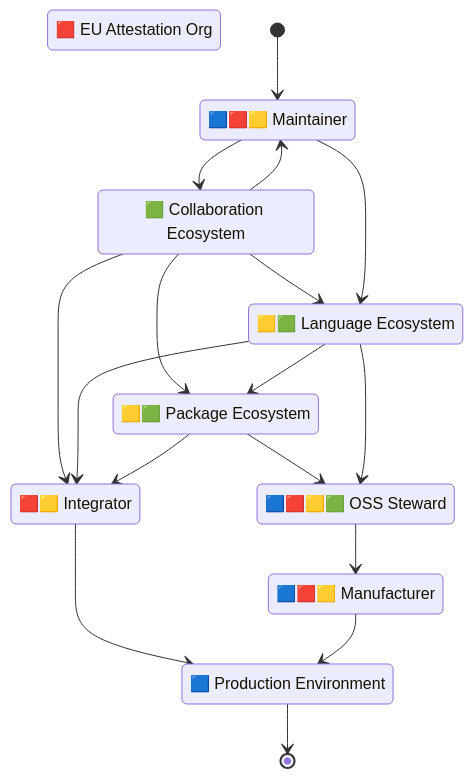
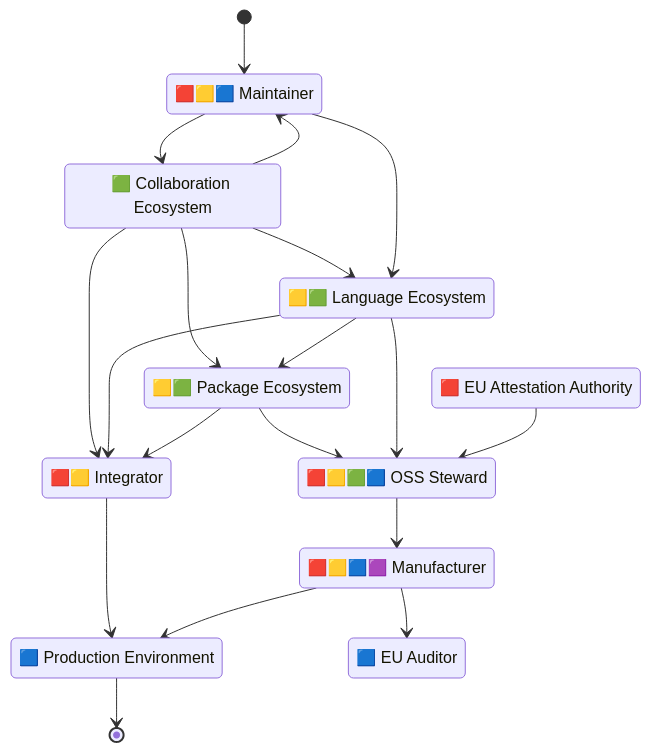
One commit to CPAN-Security/security.metacpan.org changed the first of 2 diagrams in docs/eu-cra-summary.md. Above: the diagram before and after it, drawn with Mermaid. The commit also changed other lines of this file, not shown here.

Commit message:
Expand on Manufacturer obligations (WIP); Update graph with Auditor & minor rework

````diff
--- a/docs/eu-cra-summary.md
+++ b/docs/eu-cra-summary.md
@@ -41,33 +64,36 @@
 ```mermaid
 stateDiagram-v2
     direction TB
 
-    state "🟦🟥🟨 Maintainer" as environment_maintainer
+    state "🟥🟨🟦 Maintainer" as environment_maintainer
     state "🟩 Collaboration Ecosystem" as ecosystem_repo
     state "🟨🟩 Language Ecosystem" as ecosystem_lang
     state "🟨🟩 Package Ecosystem" as ecosystem_package
-    state "🟥 EU Attestation Org" as ecosystem_attester
-    state "🟦🟥🟨🟩 OSS Steward" as ecosystem_steward
+    state "🟥 EU Attestation Authority" as authority_attestation
+    state "🟥🟨🟩🟦 OSS Steward" as ecosystem_steward
     state "🟥🟨 Integrator" as environment_integrator
-    state "🟦🟥🟨 Manufacturer" as environment_manufacturer
+    state "🟥🟨🟦🟪 Manufacturer" as environment_manufacturer
     state "🟦 Production Environment" as environment_prod
+    state "🟦 EU Auditor" as authority_auditor
 
 
-    [*] --> environment_maintainer
-    ecosystem_repo         --> ecosystem_lang
-    environment_maintainer --> ecosystem_lang
-    environment_maintainer --> ecosystem_repo
-    ecosystem_repo --> environment_maintainer
-    ecosystem_repo --> ecosystem_package
-    ecosystem_lang --> ecosystem_package
-    ecosystem_package --> ecosystem_steward
-    ecosystem_lang --> ecosystem_steward
-    ecosystem_repo --> environment_integrator
-    ecosystem_lang --> environment_integrator
-    ecosystem_package --> environment_integrator
-    ecosystem_steward --> environment_manufacturer
-    environment_integrator --> environment_prod
+    [*]                      --> environment_maintainer
+    ecosystem_repo           --> environment_maintainer
+    ecosystem_repo           --> ecosystem_lang
+    environment_maintainer   --> ecosystem_lang
+    environment_maintainer   --> ecosystem_repo
+    ecosystem_repo           --> ecosystem_package
+    ecosystem_lang           --> ecosystem_package
+    ecosystem_package        --> ecosystem_steward
+    ecosystem_lang           --> ecosystem_steward
+    authority_attestation    --> ecosystem_steward
+    ecosystem_repo           --> environment_integrator
+    ecosystem_lang           --> environment_integrator
+    ecosystem_package        --> environment_integrator
+    ecosystem_steward        --> environment_manufacturer
+    environment_integrator   --> environment_prod
     environment_manufacturer --> environment_prod
-    environment_prod --> [*]
+    environment_manufacturer --> authority_auditor
+    environment_prod         --> [*]
 
 ```
````
